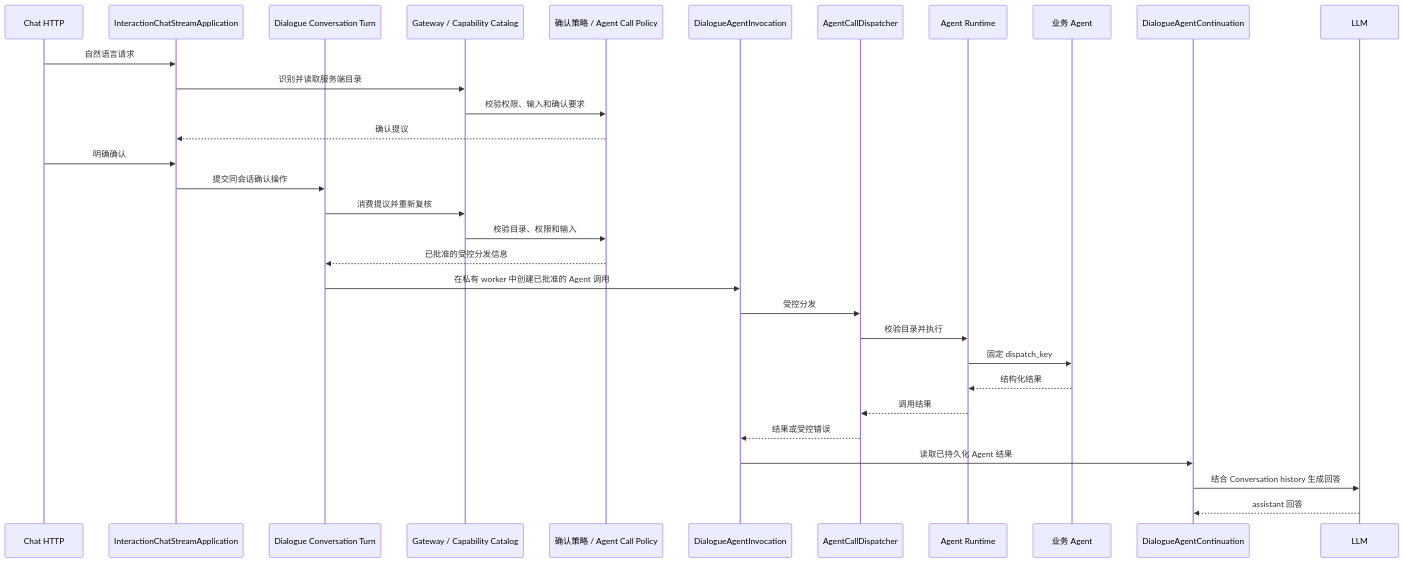
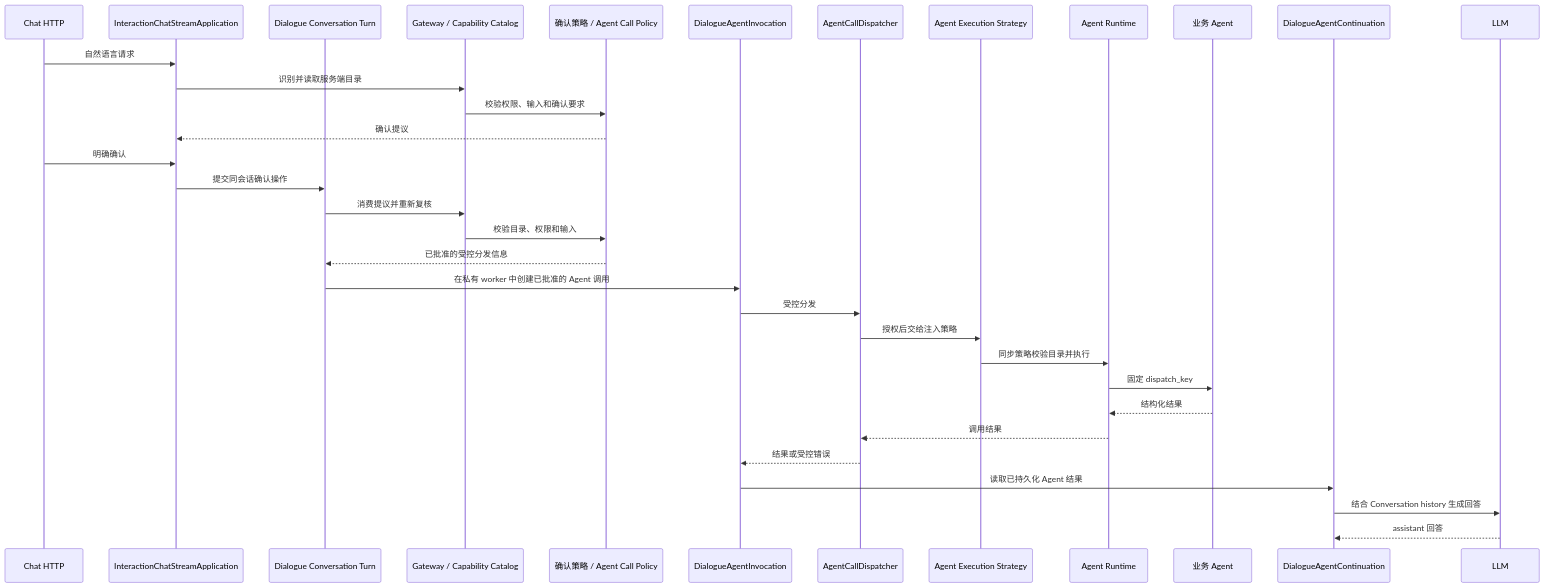
The fourth of 4 diagrams in ARCHITECTURE.md (Hr222/go-agent-system), drawn with Mermaid before and after one commit. The commit also changed other lines of this file and 17 other files, not shown here.

````diff
--- a/ARCHITECTURE.md
+++ b/ARCHITECTURE.md
@@ -252,34 +255,36 @@
 ```mermaid
 sequenceDiagram
     participant Client as Chat HTTP
     participant Chat as InteractionChatStreamApplication
     participant Turn as Dialogue Conversation Turn
     participant Gateway as Gateway / Capability Catalog
     participant Policy as 确认策略 / Agent Call Policy
     participant Invoke as DialogueAgentInvocation
     participant Dispatch as AgentCallDispatcher
+    participant Strategy as Agent Execution Strategy
     participant Runtime as Agent Runtime
     participant Agent as 业务 Agent
     participant Continue as DialogueAgentContinuation
     participant LLM as LLM
 
     Client->>Chat: 自然语言请求
     Chat->>Gateway: 识别并读取服务端目录
     Gateway->>Policy: 校验权限、输入和确认要求
     Policy-->>Chat: 确认提议
     Client->>Chat: 明确确认
     Chat->>Turn: 提交同会话确认操作
     Turn->>Gateway: 消费提议并重新复核
     Gateway->>Policy: 校验目录、权限和输入
     Policy-->>Turn: 已批准的受控分发信息
     Turn->>Invoke: 在私有 worker 中创建已批准的 Agent 调用
     Invoke->>Dispatch: 受控分发
-    Dispatch->>Runtime: 校验目录并执行
+    Dispatch->>Strategy: 授权后交给注入策略
+    Strategy->>Runtime: 同步策略校验目录并执行
     Runtime->>Agent: 固定 dispatch_key
     Agent-->>Runtime: 结构化结果
     Runtime-->>Dispatch: 调用结果
     Dispatch-->>Invoke: 结果或受控错误
     Invoke->>Continue: 读取已持久化 Agent 结果
     Continue->>LLM: 结合 Conversation history 生成回答
     LLM-->>Continue: assistant 回答
 ```
````
